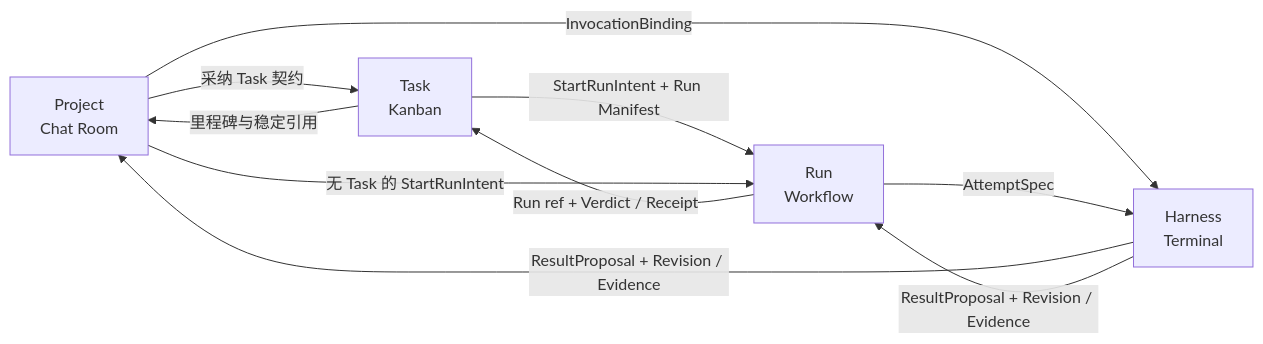
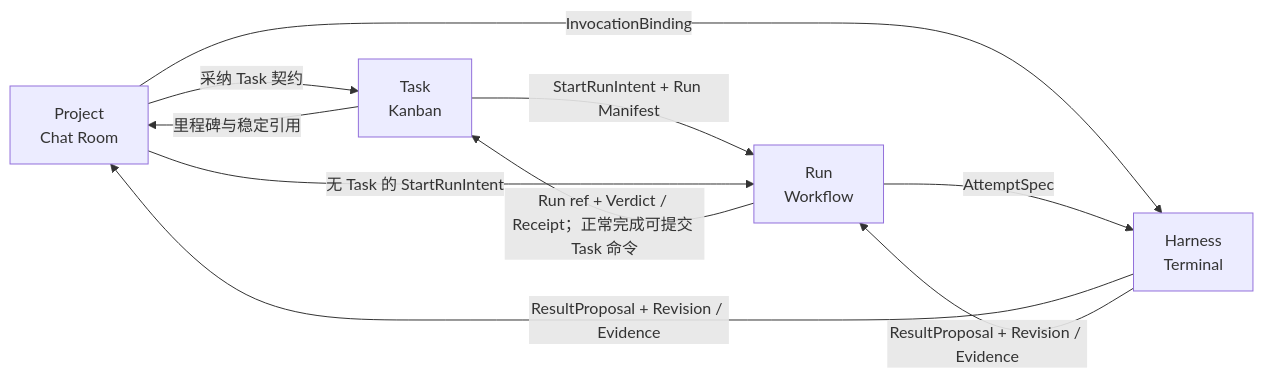
Before and after one commit to yesme/hctl2: the diagram in docs/design/connections.md, drawn with Mermaid. The commit also changed other lines of this file and 12 other files, not shown here.

````diff
--- a/docs/design/connections.md
+++ b/docs/design/connections.md
@@ -19,12 +19,12 @@
 ```mermaid
 flowchart LR
     P["Project\nChat Room"] -->|采纳 Task 契约| T["Task\nKanban"]
     T -->|StartRunIntent + Run Manifest| R["Run\nWorkflow"]
     P -->|无 Task 的 StartRunIntent| R
     P -->|InvocationBinding| H["Harness\nTerminal"]
     R -->|AttemptSpec| H
     H -->|ResultProposal + Revision / Evidence| P
     H -->|ResultProposal + Revision / Evidence| R
-    R -->|Run ref + Verdict / Receipt| T
+    R -->|Run ref + Verdict / Receipt；正常完成可提交 Task 命令| T
     T -->|里程碑与稳定引用| P
 ```
````
